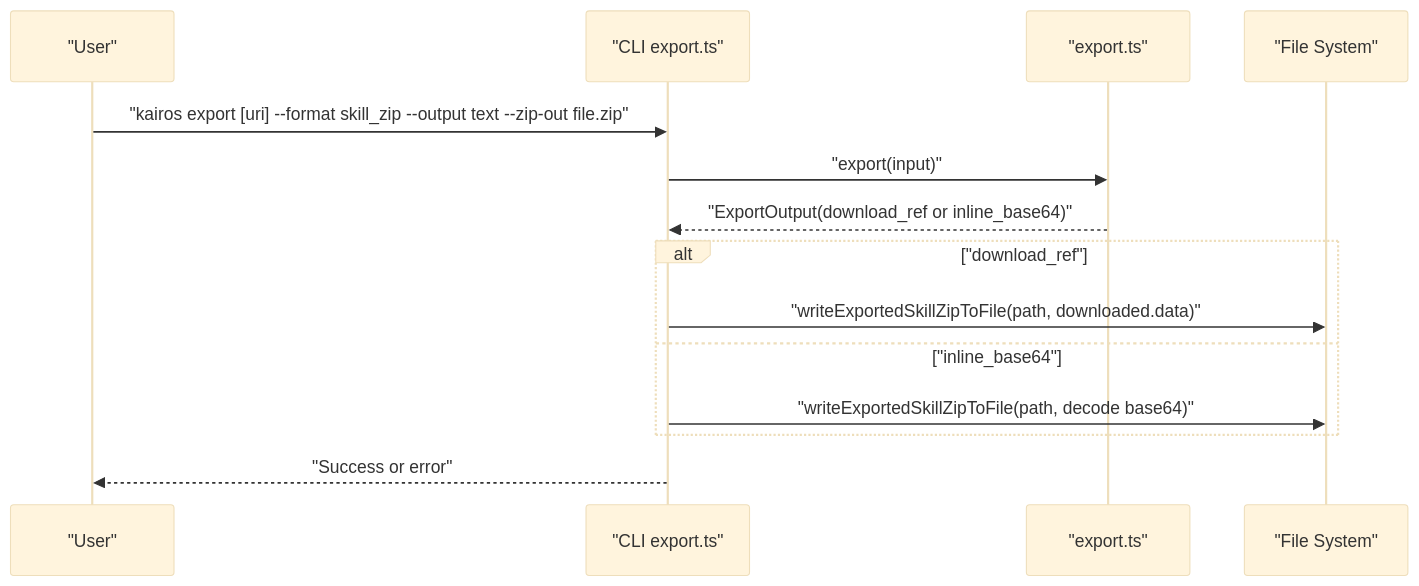
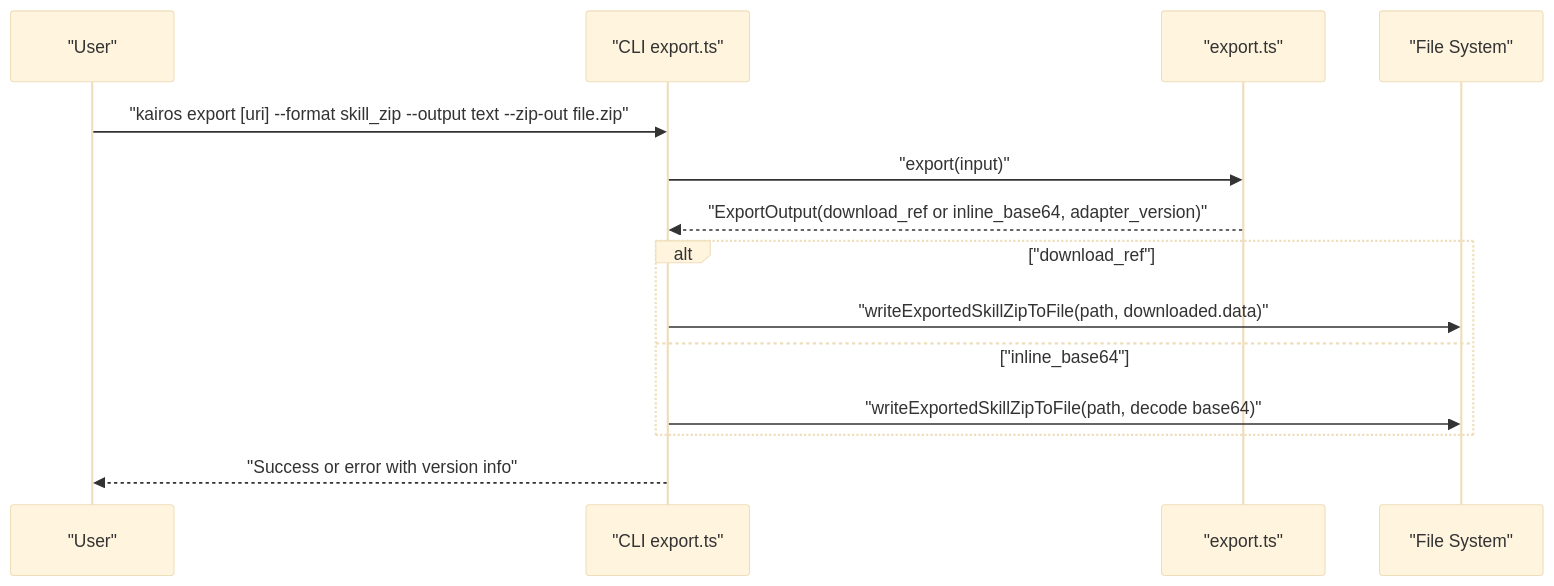
The fourth of 10 diagrams in .qoder/repowiki/en/content/MCP Protocol Tools/Export Tool.md (debian777/kairos-mcp), drawn with Mermaid (base theme) before and after one commit. The commit also changed other lines of this file and 16 other files, not shown here.

````diff
--- a/.qoder/repowiki/en/content/MCP Protocol Tools/Export Tool.md
+++ b/.qoder/repowiki/en/content/MCP Protocol Tools/Export Tool.md
@@ -250,16 +275,16 @@
 ```mermaid
 sequenceDiagram
 participant User as "User"
 participant CLI as "CLI export.ts"
 participant Tool as "export.ts"
 participant FS as "File System"
 User->>CLI : "kairos export [uri] --format skill_zip --output text --zip-out file.zip"
 CLI->>Tool : "export(input)"
-Tool-->>CLI : "ExportOutput(download_ref or inline_base64)"
+Tool-->>CLI : "ExportOutput(download_ref or inline_base64, adapter_version)"
 alt "download_ref"
 CLI->>FS : "writeExportedSkillZipToFile(path, downloaded.data)"
 else "inline_base64"
 CLI->>FS : "writeExportedSkillZipToFile(path, decode base64)"
 end
-CLI-->>User : "Success or error"
+CLI-->>User : "Success or error with version info"
 ```
````
